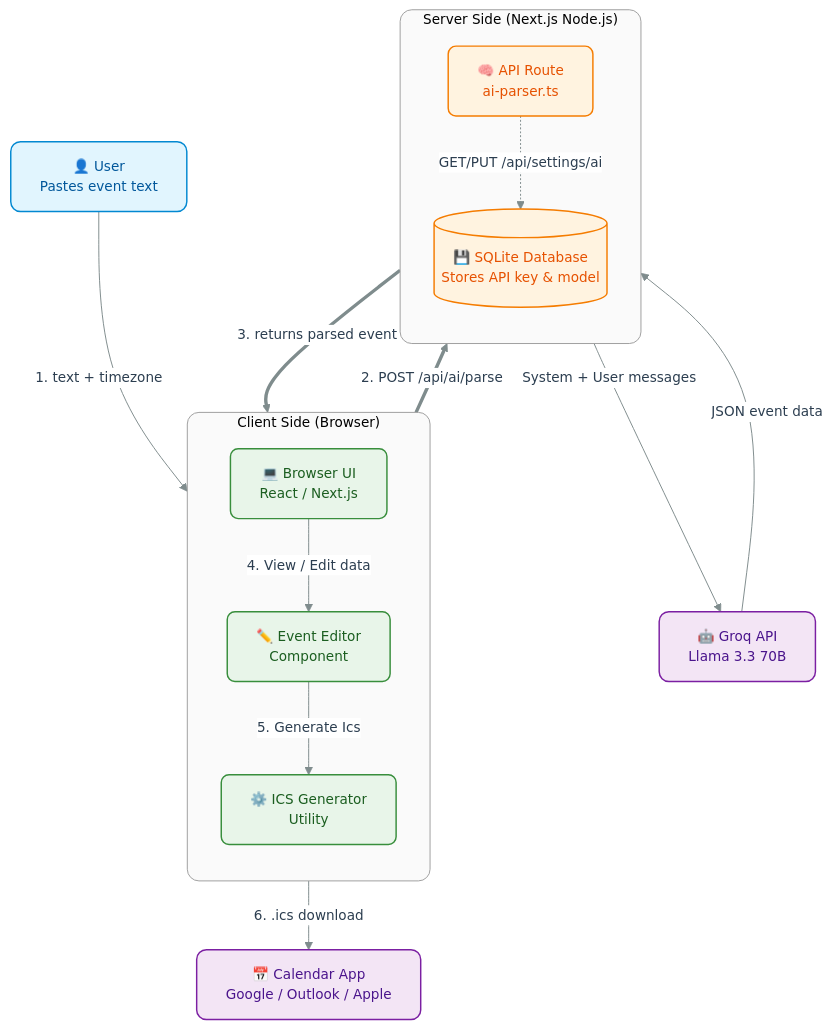
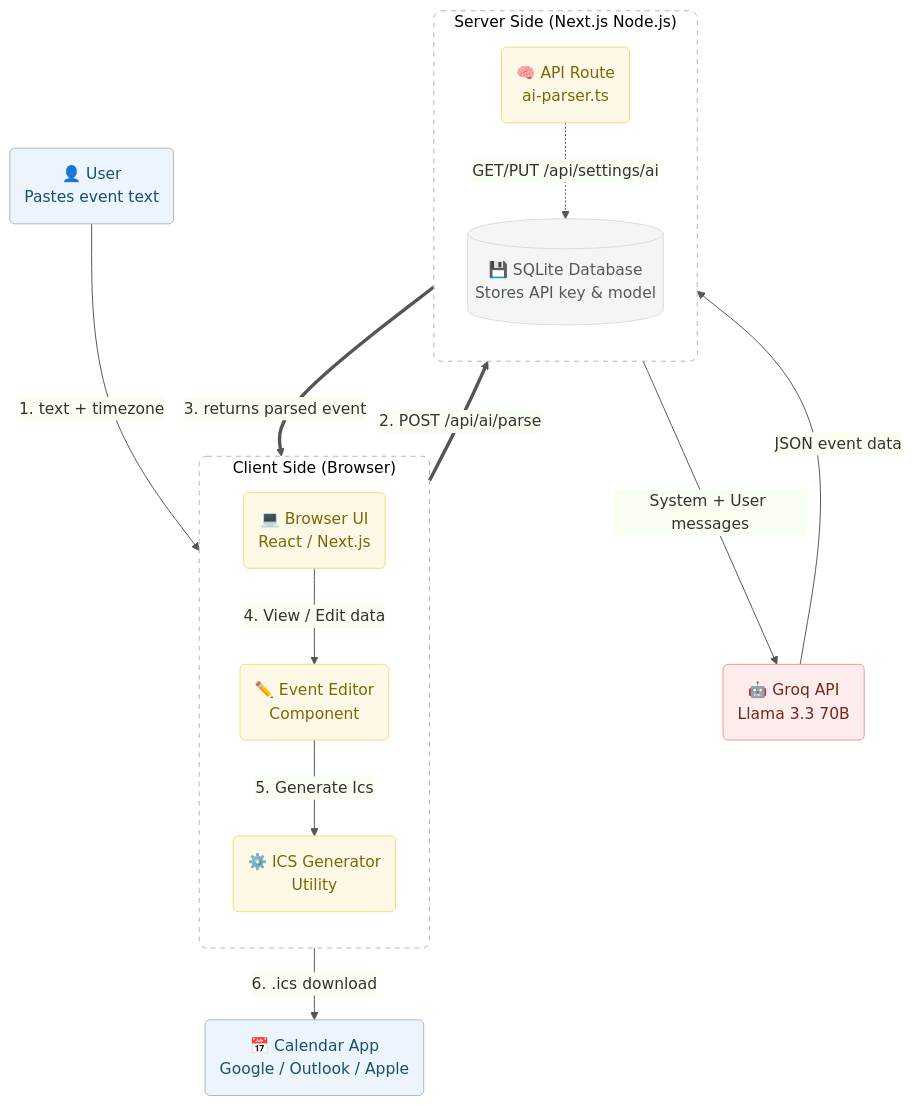
Before and after one commit to Rimas-Codes/event-to-ics: the diagram in README.md, drawn with Mermaid.

Commit message:
Refactor Mermaid diagram in README
Updated Mermaid diagram styles and structure for clarity.

````diff
--- a/README.md
+++ b/README.md
@@ -7,55 +7,59 @@
 ```mermaid
-%%{init: {'theme': 'base', 'themeVariables': { 'primaryColor': '#ffffff', 'primaryTextColor': '#2c3e50', 'primaryBorderColor': '#bdc3c7', 'lineColor': '#7f8c8d', 'fontSize': '14px', 'fontFamily': 'Helvetica Neue, Inter, Arial, sans-serif'}}}%%
+%%{init: {'theme': 'base', 'themeVariables': { 'primaryColor': '#F0F8FF', 'primaryTextColor': '#333', 'primaryBorderColor': '#777', 'lineColor': '#555', 'fontSize': '16px', 'fontFamily': 'inter, helvetica, sans-serif'}}}%%
 flowchart TD
-    %% Styling Definitions for modern look (soft pastels and rounded corners)
-    classDef user fill:#e1f5fe,stroke:#0288d1,stroke-width:1.5px,color:#01579b,rx:10,ry:10;
-    classDef frontend fill:#e8f5e9,stroke:#388e3c,stroke-width:1.5px,color:#1b5e20,rx:8,ry:8;
-    classDef backend fill:#fff3e0,stroke:#f57c00,stroke-width:1.5px,color:#e65100,rx:8,ry:8;
-    classDef external fill:#f3e5f5,stroke:#7b1fa2,stroke-width:1.5px,color:#4a148c,rx:10,ry:10;
+    %% Styling Definitions based on color palette from image_0.png
+    %% Blue (Top-level actions) -> Light cyan from 'Embedding'
+    classDef action fill:#EBF5FB,stroke:#AEB6BF,stroke-width:1px,color:#1B4F72,rx:5,ry:5;
+    %% Yellow (Processing/Middle) -> Yellow from 'Prompt engineering'
+    classDef process fill:#FEF9E7,stroke:#F7DC6F,stroke-width:1px,color:#7D6608,rx:5,ry:5;
+    %% Red (External/AI) -> Light red from 'LLM generation'
+    classDef ai fill:#FDEDEC,stroke:#F1948A,stroke-width:1px,color:#7B241C,rx:5,ry:5;
+    %% Grey (Database/Storage) -> Light grey from 'Grounded answer'
+    classDef storage fill:#F4F6F6,stroke:#D5DBDB,stroke-width:1px,color:#515A5A,rx:5,ry:5;
     
-    %% Boundary Nodes Styling (for grouping and clarity)
-    classDef boundary stroke:#9e9e9e,stroke-width:1px,fill:#fafafa,rx:12,ry:12;
+    %% Boundary Nodes Styling (Cleaner, less dominant)
+    classDef boundary stroke:#AEB6BF,stroke-width:1px,stroke-dasharray: 5 5,fill:none,rx:8,ry:8;
 
-    %% Nodes Outside Boundaries
-    U["👤 User<br/>Pastes event text"]:::user
-    C["📅 Calendar App<br/>Google / Outlook / Apple"]:::external
+    %% --- Nodes Outside Boundaries (Start/End Points) ---
+    U("👤 User<br/>Pastes event text"):::action
+    C("📅 Calendar App<br/>Google / Outlook / Apple"):::action
 
-    %% Client Side Group with Boundary
+    %% --- Client Side Group with Boundary ---
     subgraph Client ["Client Side (Browser)"]
         direction TB
-        B["💻 Browser UI<br/>React / Next.js"]:::frontend
-        E["✏️ Event Editor<br/>Component"]:::frontend
-        I["⚙️ ICS Generator<br/>Utility"]:::frontend
+        B("💻 Browser UI<br/>React / Next.js"):::process
+        E("✏️ Event Editor<br/>Component"):::process
+        I("⚙️ ICS Generator<br/>Utility"):::process
     end
-    %% Apply boundary style to the subgraph itself
+    %% Apply boundary style
     class Client boundary;
 
-    %% Server Side Group with Boundary
+    %% --- Server Side Group with Boundary ---
     subgraph Server ["Server Side (Next.js Node.js)"]
         direction TB
-        A["🧠 API Route<br/>ai-parser.ts"]:::backend
-        DB[("💾 SQLite Database<br/>Stores API key & model")]:::backend
+        A("🧠 API Route<br/>ai-parser.ts"):::process
+        DB[("💾 SQLite Database<br/>Stores API key & model")]:::storage
     end
-    %% Apply boundary style to the subgraph itself
+    %% Apply boundary style
     class Server boundary;
 
-    %% External Services
-    G["🤖 Groq API<br/>Llama 3.3 70B"]:::external
+    %% --- External Services ---
+    G("🤖 Groq API<br/>Llama 3.3 70B"):::ai
 
-    %% Data Flow / Relationships (Interaction Links)
+    %% --- Data Flow / Relationships ---
     U -->|1. text + timezone| B
     
     %% Split interactions for better arrow style application
     B ==>|2. POST /api/ai/parse| A
     A ==>|3. returns parsed event| B
     
     %% Internal Client Flow (Solid)
     B -->|4. View / Edit data| E
     E -->|5. Generate Ics| I
     I -->|6. .ics download| C
 
     %% Internal Server Flow (Thinner and dashed where appropriate)
     A -->|System + User messages| G
     G -->|JSON event data| A
     A -.->|GET/PUT /api/settings/ai| DB
 ```
````
